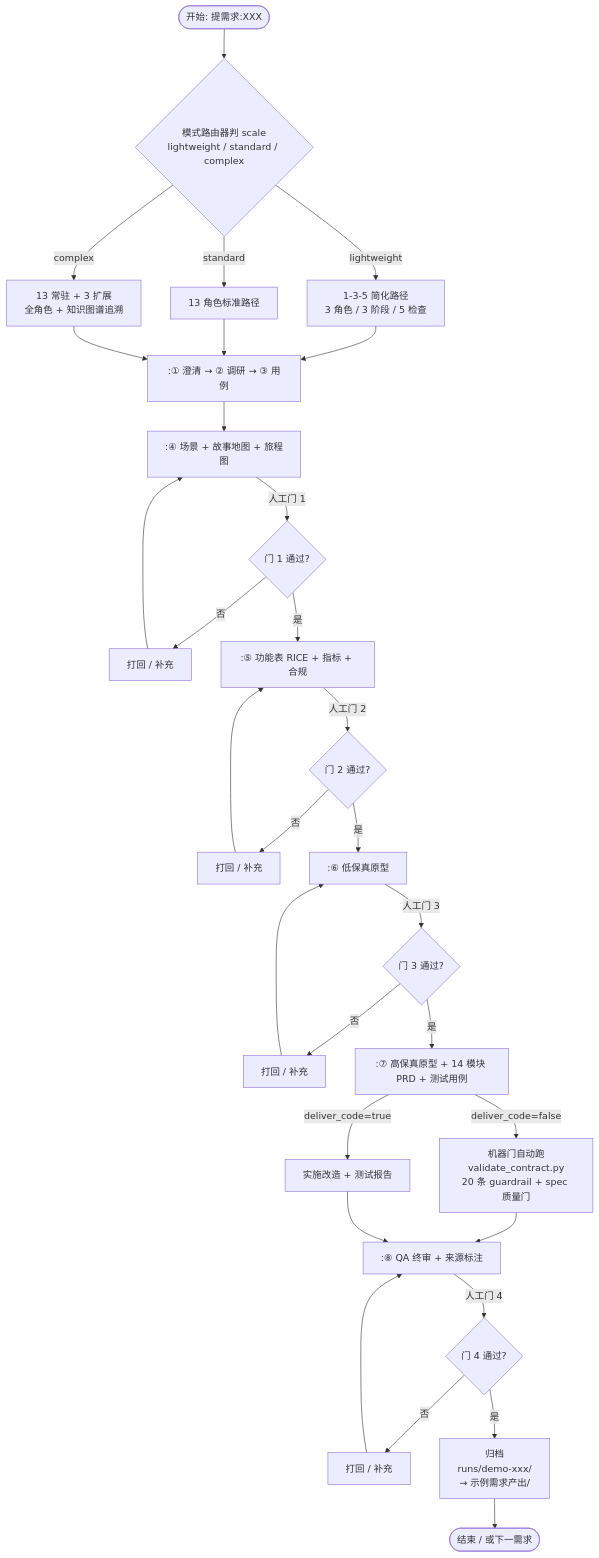
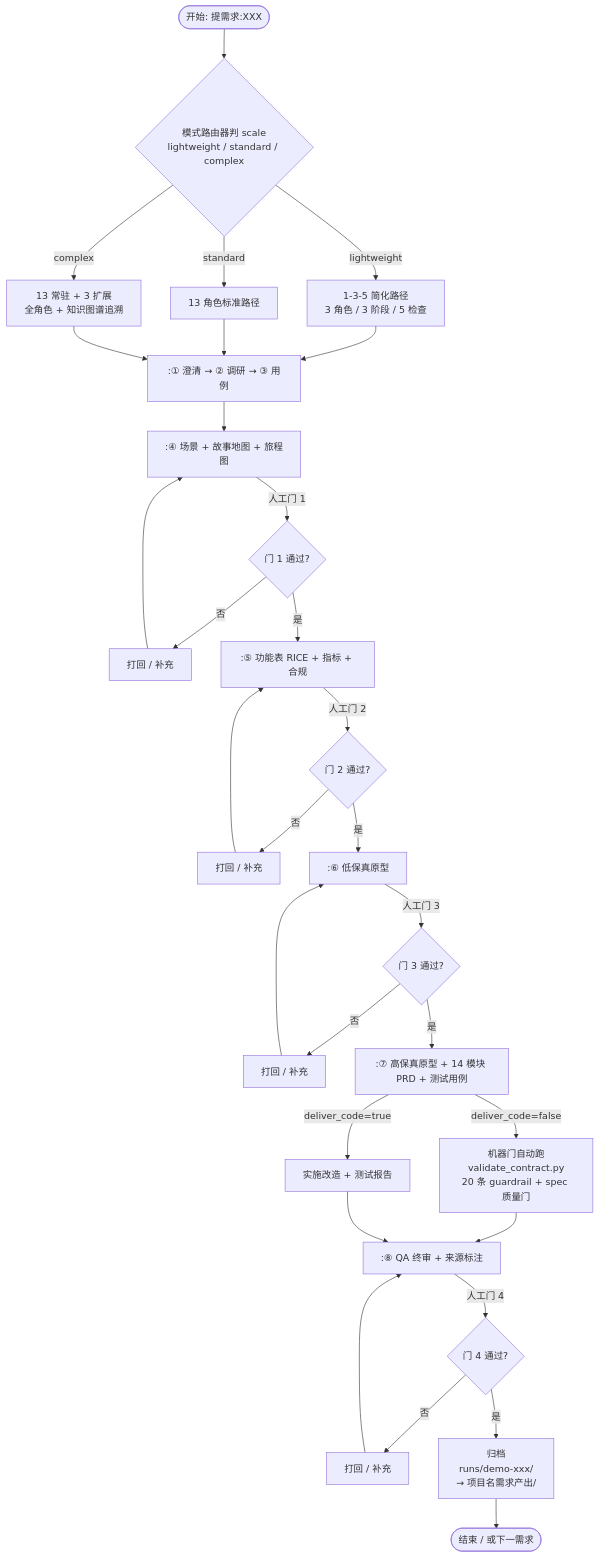
One commit to usignolosu/pm-workflow changed the first of 2 diagrams in docs/FLOW_DIAGRAM.md. Above: the diagram before and after it, drawn with Mermaid. The commit also changed other lines of this file and 6 other files, not shown here.

````diff
--- a/docs/FLOW_DIAGRAM.md
+++ b/docs/FLOW_DIAGRAM.md
@@ -13,34 +13,34 @@
 ```mermaid
 flowchart TD
     START(["开始: 提需求:XXX"]) --> JUDGE{"模式路由器判 scale<br/>lightweight / standard / complex"}
 
     JUDGE -->|"lightweight"| L["1-3-5 简化路径<br/>3 角色 / 3 阶段 / 5 检查"]
     JUDGE -->|"standard"| S["13 角色标准路径"]
     JUDGE -->|"complex"| C["13 常驻 + 3 扩展<br/>全角色 + 知识图谱追溯"]
 
     L --> D[":① 澄清 → ② 调研 → ③ 用例"]
     S --> D
     C --> D
 
     D --> E2[":④ 场景 + 故事地图 + 旅程图"]
     E2 -->|人工门 1|G1{门 1 通过?}
     G1 -->|否| FIX1[打回 / 补充] --> E2
     G1 -->|是| F[":⑤ 功能表 RICE + 指标 + 合规"]
     F -->|人工门 2|G2{门 2 通过?}
     G2 -->|否| FIX2[打回 / 补充] --> F
     G2 -->|是| H[":⑥ 低保真原型"]
     H -->|人工门 3|G3{门 3 通过?}
     G3 -->|否| FIX3[打回 / 补充] --> H
     G3 -->|是| P[":⑦ 高保真原型 + 14 模块 PRD + 测试用例"]
 
     P -->|deliver_code=false| MC["机器门自动跑<br/>validate_contract.py<br/>20 条 guardrail + spec 质量门"]
     P -->|deliver_code=true| CODE["实施改造 + 测试报告"]
 
     MC --> Q[":⑧ QA 终审 + 来源标注"]
     CODE --> Q
     Q -->|人工门 4|G4{门 4 通过?}
     G4 -->|否| FIX4[打回 / 补充] --> Q
-    G4 -->|是| ARCH["归档<br/>runs/demo-xxx/<br/>→ 示例需求产出/"]
+    G4 -->|是| ARCH["归档<br/>runs/demo-xxx/<br/>→ 项目名需求产出/"]
 
     ARCH --> NEXT(["结束 / 或下一需求"])
 ```
````
